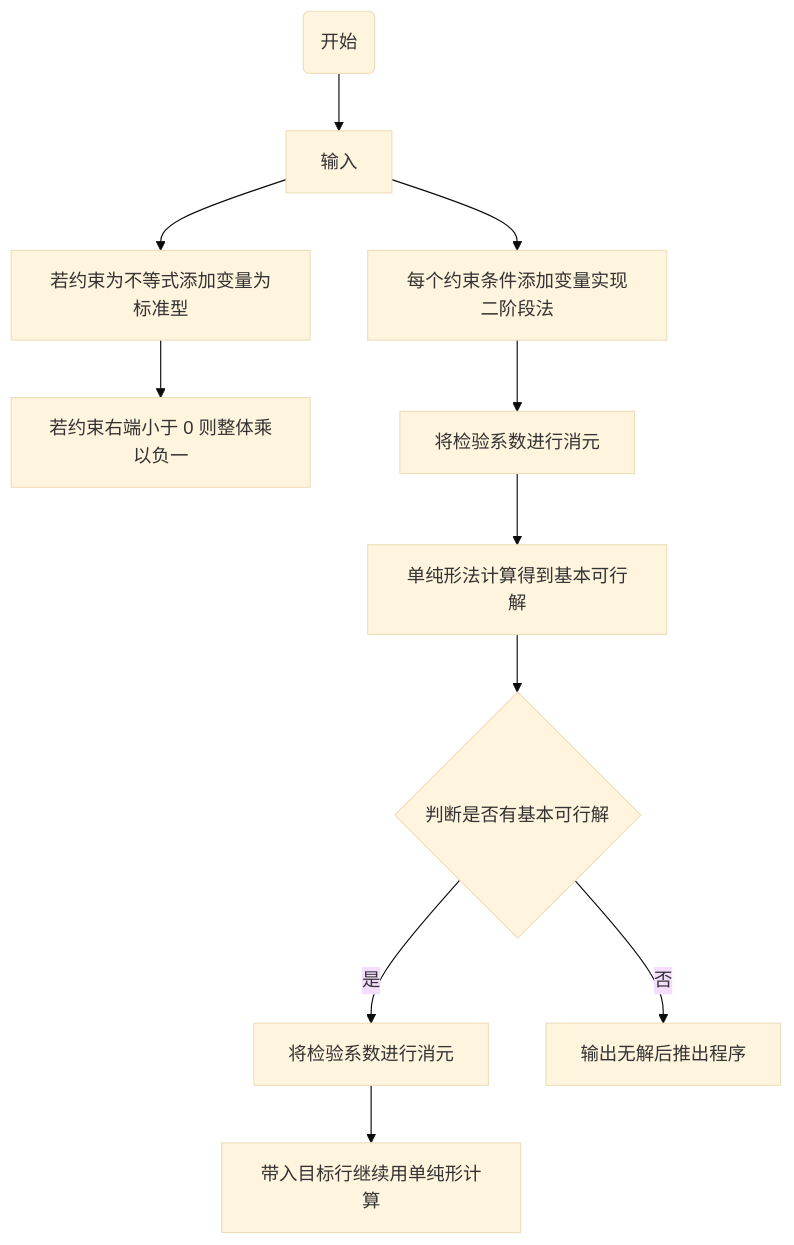
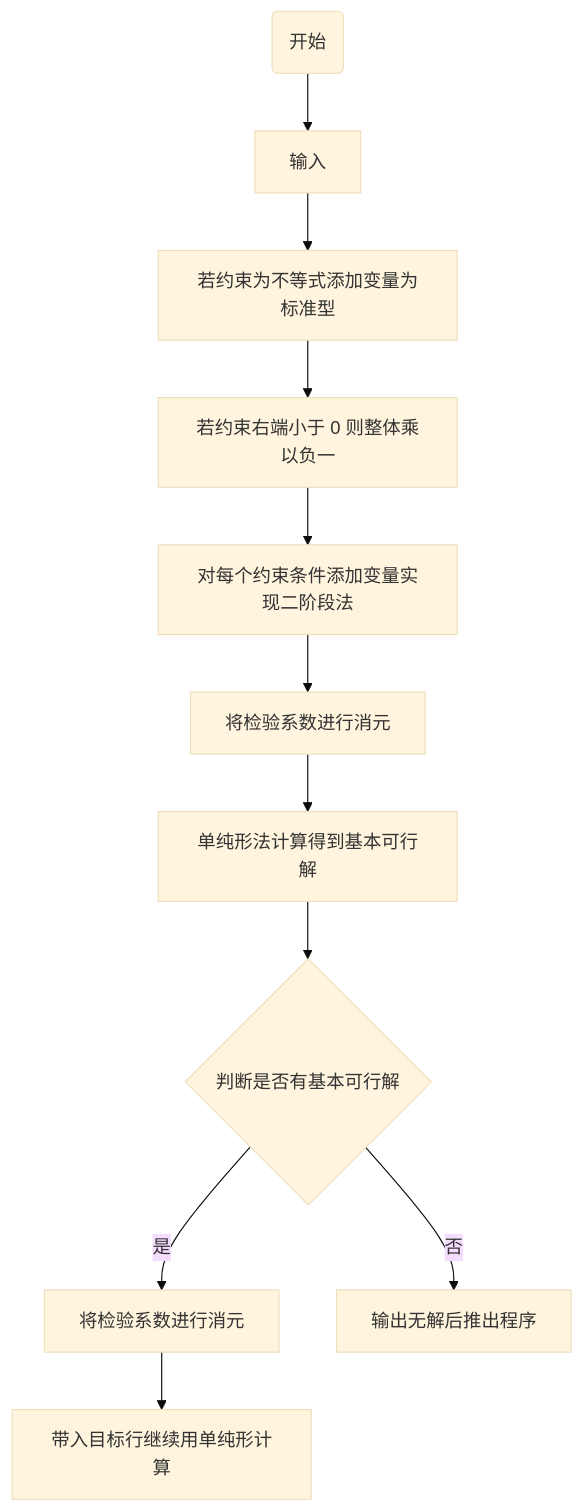
Before and after one commit to SxyLimit/Simplex: the first of 2 diagrams in README.md, drawn with Mermaid (base theme).

````diff
--- a/README.md
+++ b/README.md
@@ -5,13 +5,13 @@
 ```mermaid
 flowchart TD
 	A(开始) --> B[输入]
 	B --> K[若约束为不等式添加变量为标准型]
 	K --> J[若约束右端小于 0 则整体乘以负一]
-	B --> C[每个约束条件添加变量实现二阶段法]
+	J --> C[对每个约束条件添加变量实现二阶段法]
 	C --> H[将检验系数进行消元]
 	H --> D[单纯形法计算得到基本可行解]
 	D --> E{判断是否有基本可行解}
 	E -->|是| I[将检验系数进行消元]
 	I --> F[带入目标行继续用单纯形计算]
 	E -->|否| G[输出无解后推出程序]
 ```
````
